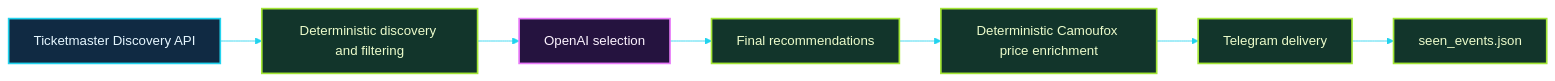
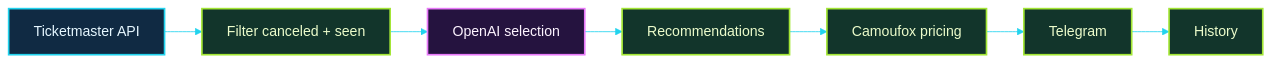
One commit to michalmarczuk/event-agent changed the first of 2 diagrams in README.md. Above: the diagram before and after it, drawn with Mermaid. The commit also changed other lines of this file and 3 other files, not shown here.

Commit message:
Improve Mermaid diagram readability across documentation

````diff
--- a/README.md
+++ b/README.md
@@ -13,17 +13,17 @@
 ```mermaid
-%%{init: {'theme': 'base', 'themeVariables': {'background': '#07111f', 'primaryColor': '#102a43', 'primaryTextColor': '#e6f7ff', 'primaryBorderColor': '#22d3ee', 'secondaryColor': '#25133f', 'tertiaryColor': '#12352b', 'lineColor': '#22d3ee', 'fontFamily': 'ui-sans-serif, system-ui'}}}%%
+%%{init: {'theme': 'base', 'themeVariables': {'background': '#07111f', 'primaryColor': '#102a43', 'primaryTextColor': '#e6f7ff', 'primaryBorderColor': '#22d3ee', 'secondaryColor': '#25133f', 'tertiaryColor': '#12352b', 'lineColor': '#22d3ee', 'fontFamily': 'ui-sans-serif, system-ui', 'fontSize': '17px'}, 'flowchart': {'nodeSpacing': 35, 'rankSpacing': 45}}}%%
 flowchart LR
-    discovery["Ticketmaster Discovery API"] --> filter["Deterministic discovery and filtering"]
+    discovery["Ticketmaster API"] --> filter["Filter canceled + seen"]
     filter --> agent["OpenAI selection"]
-    agent --> final["Final recommendations"]
-    final --> enrich["Deterministic Camoufox price enrichment"]
-    enrich --> telegram["Telegram delivery"]
-    telegram --> history["seen_events.json"]
+    agent --> final["Recommendations"]
+    final --> enrich["Camoufox pricing"]
+    enrich --> telegram["Telegram"]
+    telegram --> history["History"]
 
     classDef external fill:#102a43,stroke:#22d3ee,color:#e6f7ff,stroke-width:2px;
     classDef ai fill:#25133f,stroke:#e879f9,color:#fdf4ff,stroke-width:2px;
     classDef deterministic fill:#12352b,stroke:#a3e635,color:#ecfccb,stroke-width:2px;
     class discovery external;
     class agent ai;
     class filter,final,enrich,telegram,history deterministic;
 ```
````
